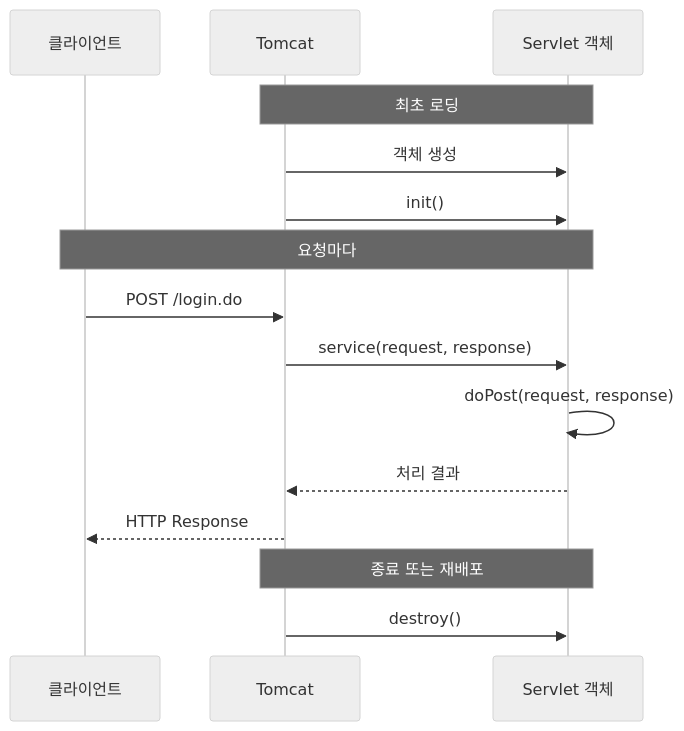
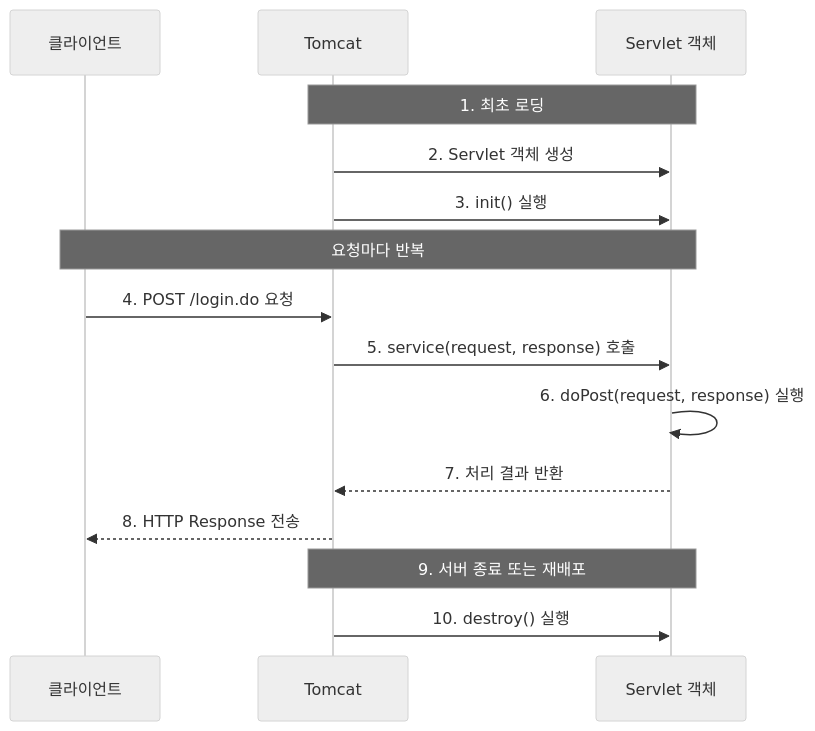
One commit to neonunu/Study changed diagram 16 of 42 in university_Study/백엔드실무/Week01~06.md. Above: the diagram before and after it, drawn with Mermaid (neutral theme). The commit also changed other lines of this file, not shown here.

````diff
--- a/university_Study/백엔드실무/Week01~06.md
+++ b/university_Study/백엔드실무/Week01~06.md
@@ -793,20 +916,20 @@
 ```mermaid
 sequenceDiagram
     participant C as 클라이언트
     participant T as Tomcat
     participant S as Servlet 객체
 
-    Note over T,S: 최초 로딩
-    T->>S: 객체 생성
-    T->>S: init()
+    Note over T,S: 1. 최초 로딩
+    T->>S: 2. Servlet 객체 생성
+    T->>S: 3. init() 실행
 
-    Note over C,S: 요청마다
-    C->>T: POST /login.do
-    T->>S: service(request, response)
-    S->>S: doPost(request, response)
-    S-->>T: 처리 결과
-    T-->>C: HTTP Response
+    Note over C,S: 요청마다 반복
+    C->>T: 4. POST /login.do 요청
+    T->>S: 5. service(request, response) 호출
+    S->>S: 6. doPost(request, response) 실행
+    S-->>T: 7. 처리 결과 반환
+    T-->>C: 8. HTTP Response 전송
 
-    Note over T,S: 종료 또는 재배포
-    T->>S: destroy()
+    Note over T,S: 9. 서버 종료 또는 재배포
+    T->>S: 10. destroy() 실행
 ```
````
